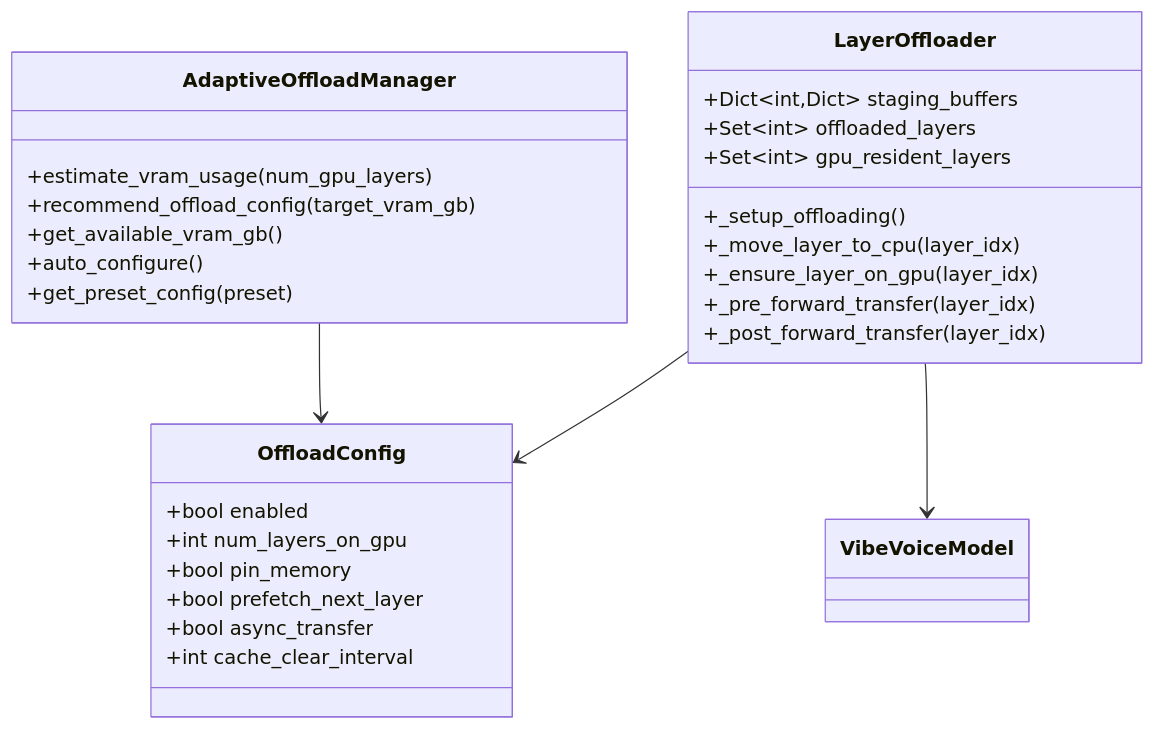
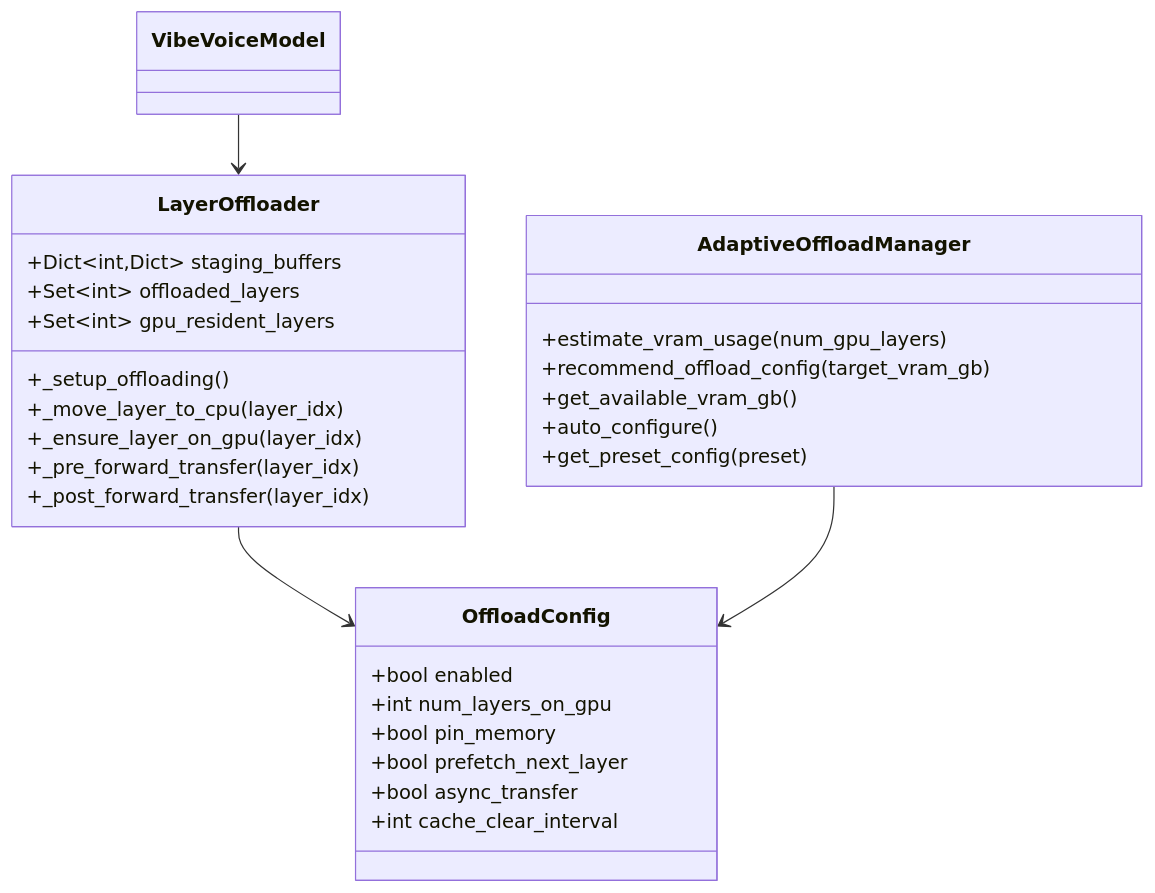
The second of 6 diagrams in docs/offloading.md (zhao-kun/vibevoice), drawn with Mermaid before and after one commit. The commit also changed 1 other file, not shown here.

Commit message:
Optimize offloading, DO COPY BACK TO GPU, just free it

````diff
--- a/docs/offloading.md
+++ b/docs/offloading.md
@@ -60,34 +60,34 @@
 ```mermaid
 classDiagram
     class LayerOffloader {
         +Dict~int,Dict~ staging_buffers
         +Set~int~ offloaded_layers
         +Set~int~ gpu_resident_layers
         +_setup_offloading()
         +_move_layer_to_cpu(layer_idx)
         +_ensure_layer_on_gpu(layer_idx)
         +_pre_forward_transfer(layer_idx)
         +_post_forward_transfer(layer_idx)
     }
 
     class AdaptiveOffloadManager {
         +estimate_vram_usage(num_gpu_layers)
         +recommend_offload_config(target_vram_gb)
         +get_available_vram_gb()
         +auto_configure()
         +get_preset_config(preset)
     }
 
     class OffloadConfig {
         +bool enabled
         +int num_layers_on_gpu
         +bool pin_memory
         +bool prefetch_next_layer
         +bool async_transfer
         +int cache_clear_interval
     }
 
     LayerOffloader --> OffloadConfig
     AdaptiveOffloadManager --> OffloadConfig
-    LayerOffloader --> VibeVoiceModel
+    VibeVoiceModel --> LayerOffloader
 ```
````
